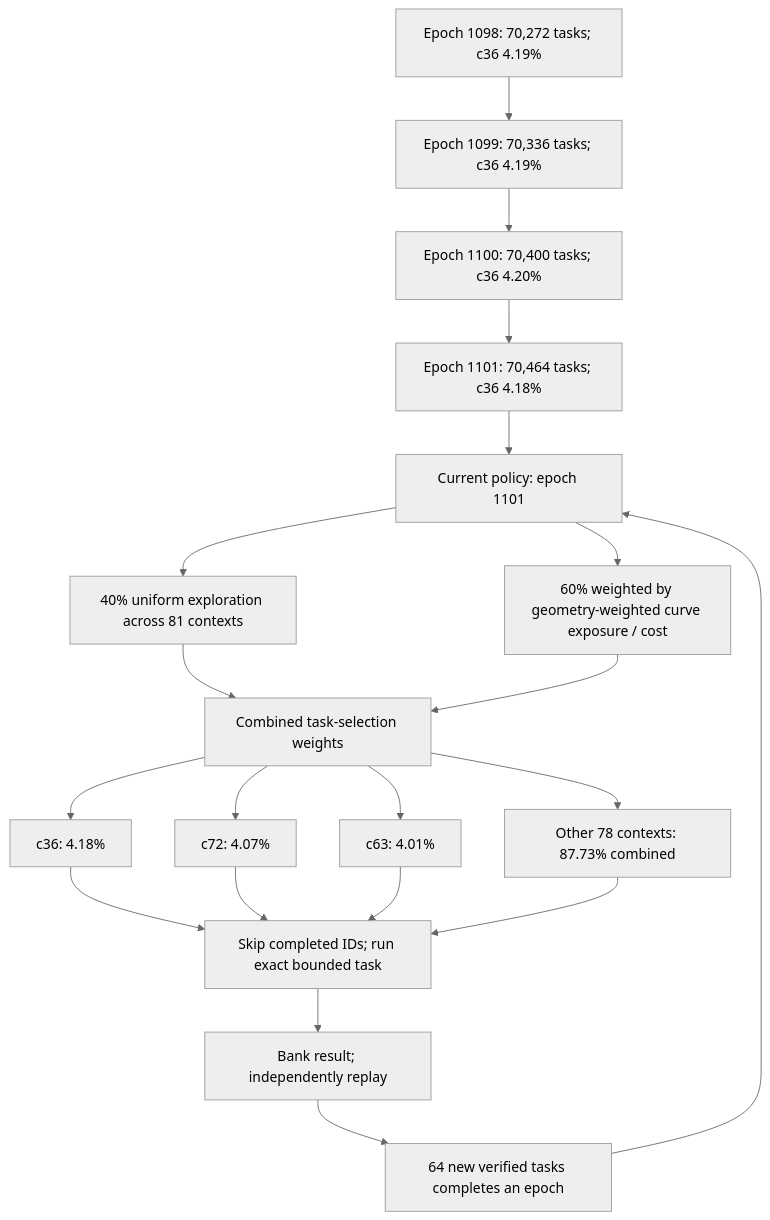
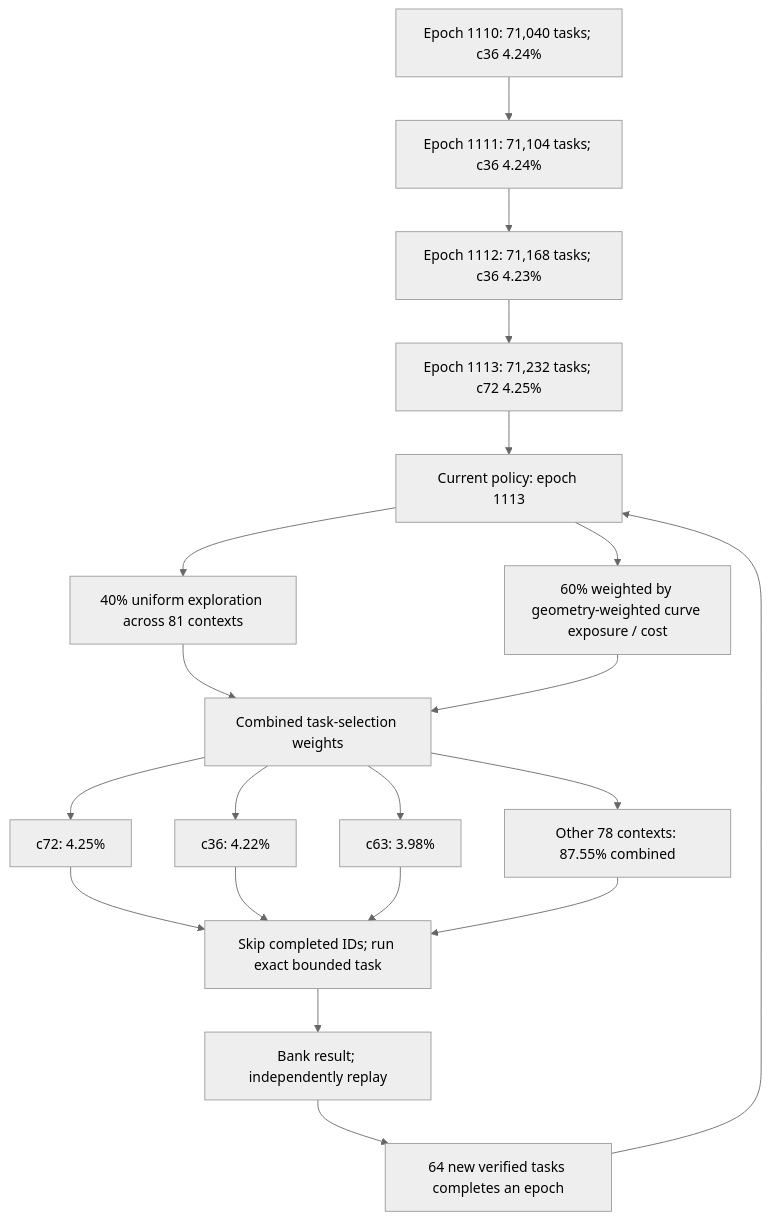
Before and after one commit to Kuberwastaken/math-gambling: the first of 3 diagrams in README.md, drawn with Mermaid (neutral theme). The commit also changed other lines of this file and 1645 other files, not shown here.

````diff
--- a/README.md
+++ b/README.md
@@ -55,27 +55,27 @@
 ```mermaid
 flowchart TD
-    H0["Epoch 1098: 70,272 tasks; c36 4.19%"]
-    H1["Epoch 1099: 70,336 tasks; c36 4.19%"]
+    H0["Epoch 1110: 71,040 tasks; c36 4.24%"]
+    H1["Epoch 1111: 71,104 tasks; c36 4.24%"]
     H0 --> H1
-    H2["Epoch 1100: 70,400 tasks; c36 4.20%"]
+    H2["Epoch 1112: 71,168 tasks; c36 4.23%"]
     H1 --> H2
-    H3["Epoch 1101: 70,464 tasks; c36 4.18%"]
+    H3["Epoch 1113: 71,232 tasks; c72 4.25%"]
     H2 --> H3
-    Policy["Current policy: epoch 1101"]
+    Policy["Current policy: epoch 1113"]
     H3 --> Policy
     Policy --> Explore["40% uniform exploration across 81 contexts"]
     Policy --> Cost["60% weighted by geometry-weighted curve exposure / cost"]
     Explore --> Mix["Combined task-selection weights"]
     Cost --> Mix
-    Mix --> C0["c36: 4.18%"]
-    Mix --> C1["c72: 4.07%"]
-    Mix --> C2["c63: 4.01%"]
-    Mix --> Rest["Other 78 contexts: 87.73% combined"]
+    Mix --> C0["c72: 4.25%"]
+    Mix --> C1["c36: 4.22%"]
+    Mix --> C2["c63: 3.98%"]
+    Mix --> Rest["Other 78 contexts: 87.55% combined"]
     C0 --> Check["Skip completed IDs; run exact bounded task"]
     C1 --> Check
     C2 --> Check
     Rest --> Check
     Check --> Replay["Bank result; independently replay"]
     Replay --> Gate["64 new verified tasks completes an epoch"]
     Gate --> Policy
 ```
````
